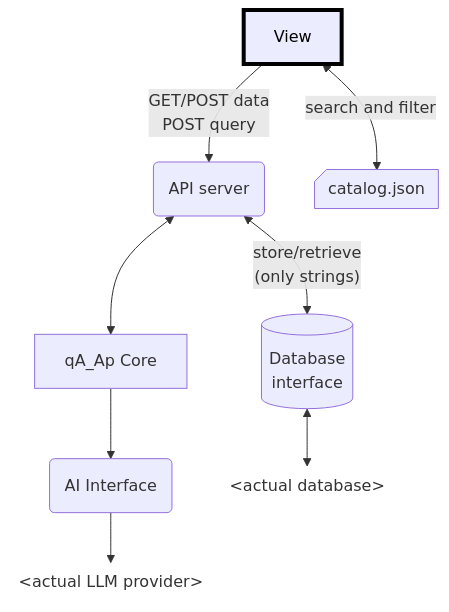
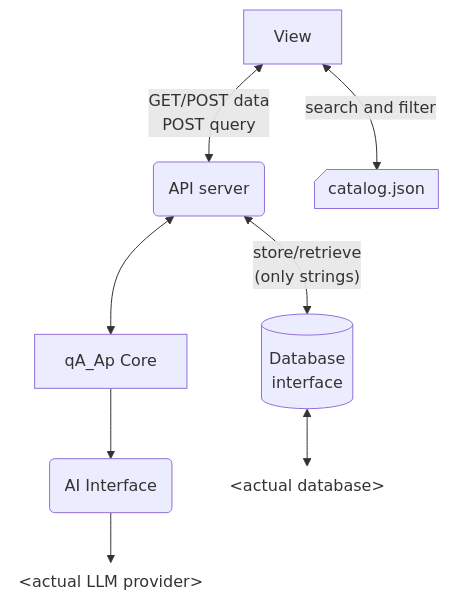
One commit to Fleurman/qA_Ap changed the diagram in README.md. Above: the diagram before and after it, drawn with Mermaid. The commit also changed other lines of this file and 47 other files, not shown here.

````diff
--- a/README.md
+++ b/README.md
@@ -17,22 +22,21 @@
 ```mermaid
 ---
 config:
   layout: fixed
 ---
 flowchart TD
-    A["View"] -- GET/POST data<br>POST query --> B("API server")
+    A["View"] -- GET/POST data<br>POST query <--> B("API server")
     B <--> C["qA_Ap Core"]
     C -- <br> --> D["AI Interface"]
     A <-- search and filter --> n2["catalog.json"]
     B <-- store/retrieve<br>(only strings) --> n1["Database<br>interface"]
     n1 <--> n3["&lt;actual database&gt;"]
     D --> n4["&lt;actual LLM provider&gt;"]
     A@{ shape: rect}
     C@{ shape: rect}
     D@{ shape: rounded}
     n2@{ shape: card}
     n1@{ shape: cyl}
     n3@{ shape: text}
     n4@{ shape: text}
-    style A stroke:#000000,stroke-width:4px,stroke-dasharray: 0,color:#000000
 ```
````
